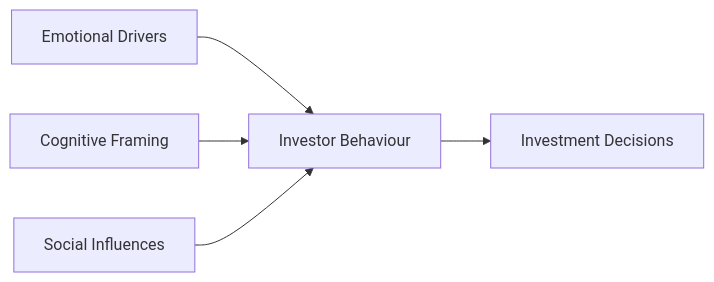
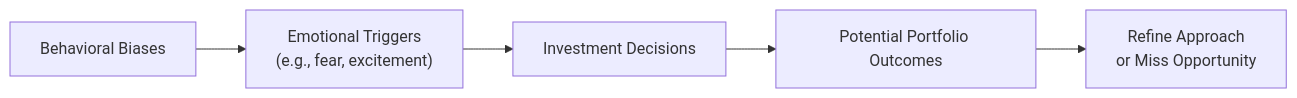
One commit to MasteryEducation/SecuritiesExamsMastery.ca changed the diagram in content/ifc/5/2/index.md. Above: the diagram before and after it, drawn with Mermaid. The commit also changed other lines of this file and 130 other files, not shown here.

````diff
--- a/content/ifc/5/2/index.md
+++ b/content/ifc/5/2/index.md
@@ -119,7 +19,7 @@
 ```mermaid
-graph LR
-    A["Emotional Drivers"] --> D["Investor Behaviour"]
-    B["Cognitive Framing"] --> D["Investor Behaviour"]
-    C["Social Influences"] --> D["Investor Behaviour"]
-    D["Investor Behaviour"] --> E["Investment Decisions"]
+flowchart LR
+    A["Behavioral Biases"] --> B["Emotional Triggers <br/> (e.g., fear, excitement)"]
+    B --> C["Investment Decisions"]
+    C --> D["Potential Portfolio Outcomes"]
+    D --> E["Refine Approach <br/> or Miss Opportunity"]
 ```
````
